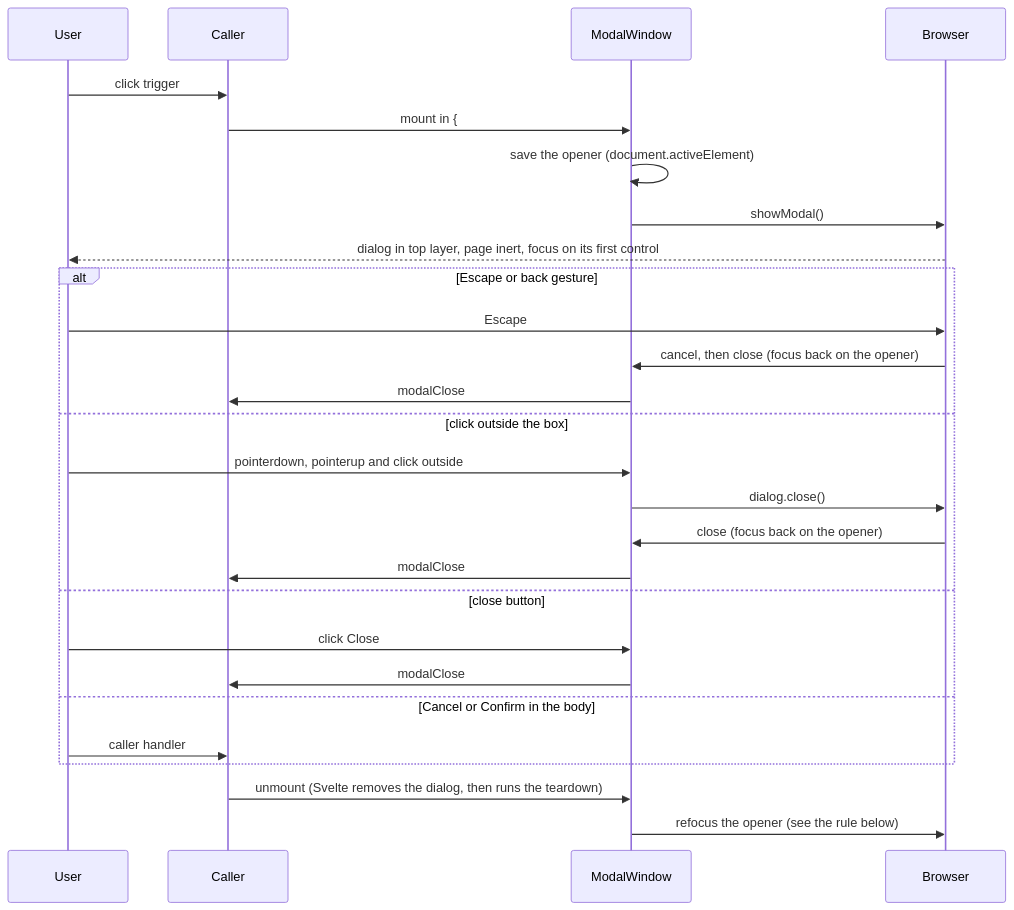
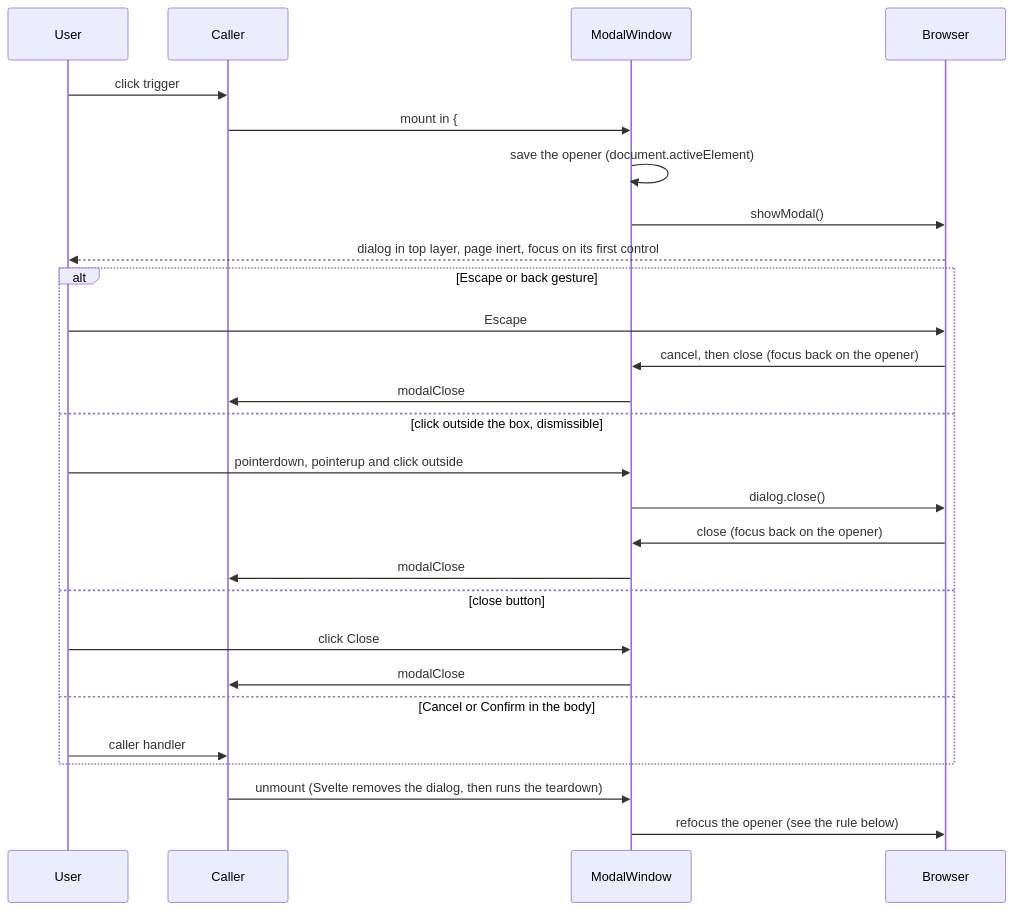
The first of 4 diagrams in tasks/ARGUS-274/spec.md (scylladb/argus), drawn with Mermaid before and after one commit. The commit also changed other lines of this file and 1 other file, not shown here.

First line of the commit message:
docs(tasks): plan dismissible modals and toasts above them

````diff
--- a/tasks/ARGUS-274/spec.md
+++ b/tasks/ARGUS-274/spec.md
@@ -51,29 +62,29 @@
 ```mermaid
 sequenceDiagram
     participant U as User
     participant C as Caller
     participant M as ModalWindow
     participant B as Browser
     U->>C: click trigger
     C->>M: mount in {#if}
     M->>M: save the opener (document.activeElement)
     M->>B: showModal()
     B-->>U: dialog in top layer, page inert, focus on its first control
     alt Escape or back gesture
         U->>B: Escape
         B->>M: cancel, then close (focus back on the opener)
         M->>C: modalClose
-    else click outside the box
+    else click outside the box, dismissible
         U->>M: pointerdown, pointerup and click outside
         M->>B: dialog.close()
         B->>M: close (focus back on the opener)
         M->>C: modalClose
     else close button
         U->>M: click Close
         M->>C: modalClose
     else Cancel or Confirm in the body
         U->>C: caller handler
     end
     C->>M: unmount (Svelte removes the dialog, then runs the teardown)
     M->>B: refocus the opener (see the rule below)
 ```
````
